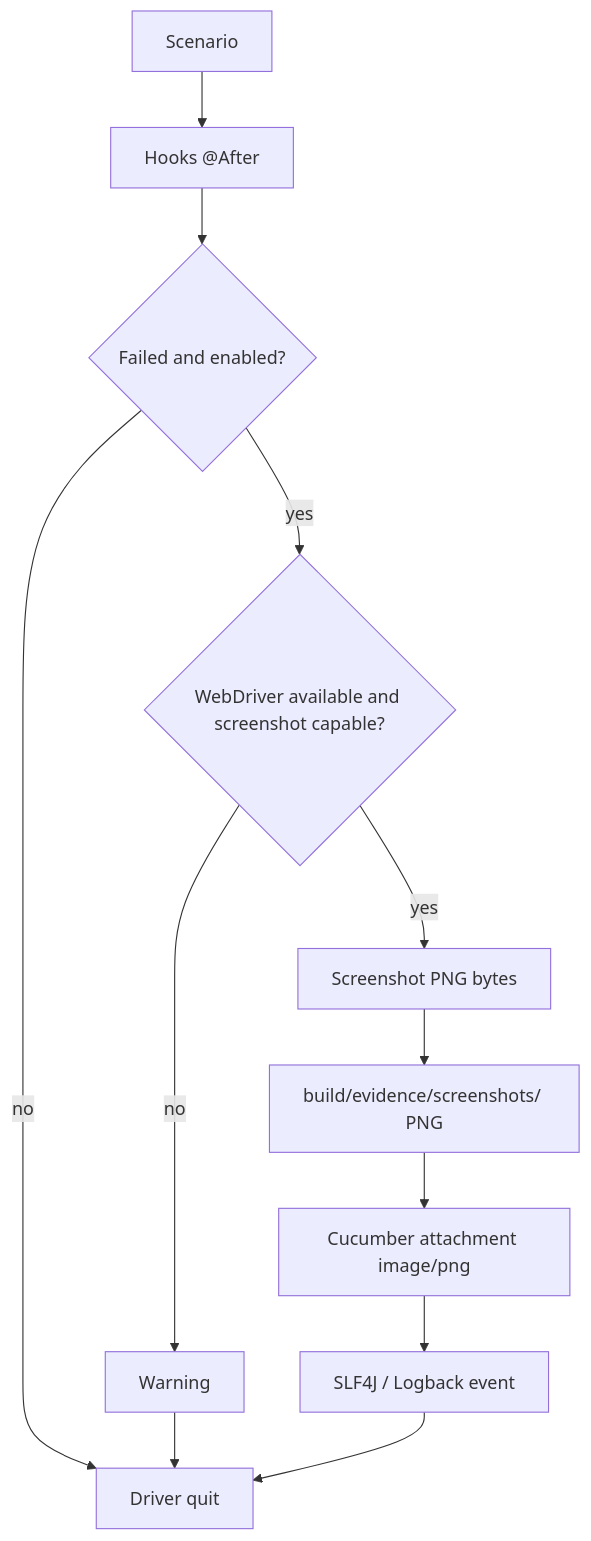
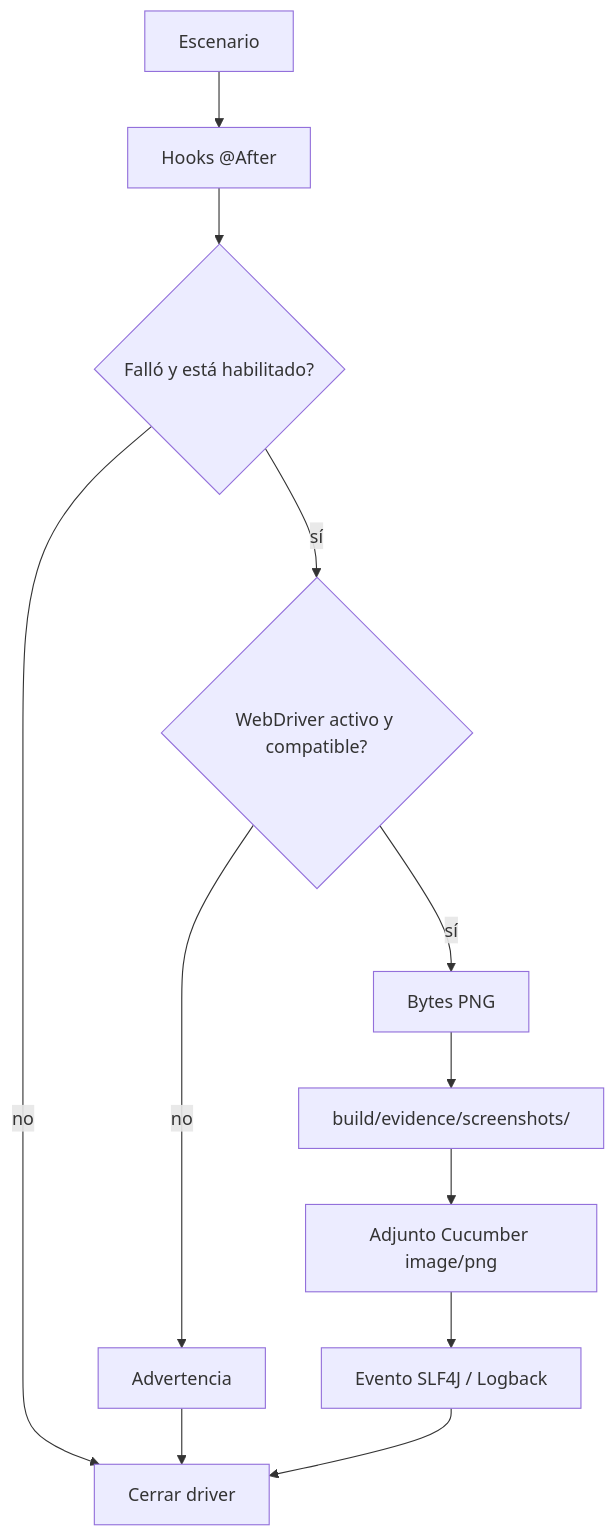
The diagram in docs/EVIDENCE.md (IsraelBaz-coder/selenium-java-cucumber-automation-template), drawn with Mermaid before and after one commit. The commit also changed other lines of this file and 30 other files, not shown here.

````diff
--- a/docs/EVIDENCE.md
+++ b/docs/EVIDENCE.md
@@ -9,13 +9,13 @@
 ```mermaid
 flowchart TD
-  S[Scenario] --> H[Hooks @After]
-  H --> F{Failed and enabled?}
-  F -- no --> Q[Driver quit]
-  F -- yes --> D{WebDriver available and screenshot capable?}
-  D -- no --> W[Warning] --> Q
-  D -- yes --> C[Screenshot PNG bytes]
-  C --> P[build/evidence/screenshots/ PNG]
-  P --> A[Cucumber attachment image/png]
-  A --> L[SLF4J / Logback event]
+  S[Escenario] --> H[Hooks @After]
+  H --> F{Falló y está habilitado?}
+  F -- no --> Q[Cerrar driver]
+  F -- sí --> D{WebDriver activo y compatible?}
+  D -- no --> W[Advertencia] --> Q
+  D -- sí --> C[Bytes PNG]
+  C --> P[build/evidence/screenshots/]
+  P --> A[Adjunto Cucumber image/png]
+  A --> L[Evento SLF4J / Logback]
   L --> Q
 ```
````
